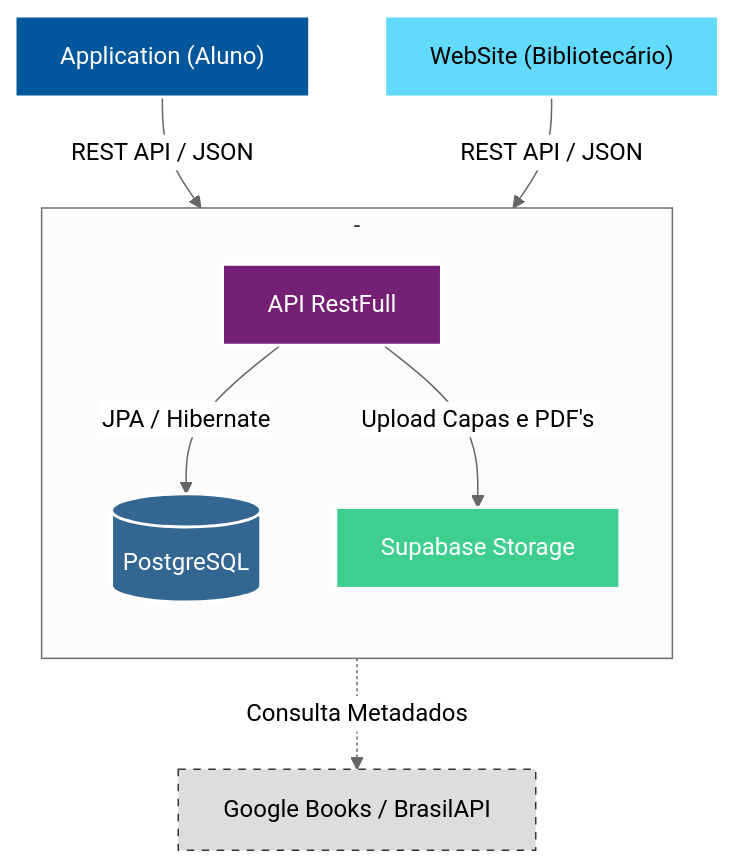
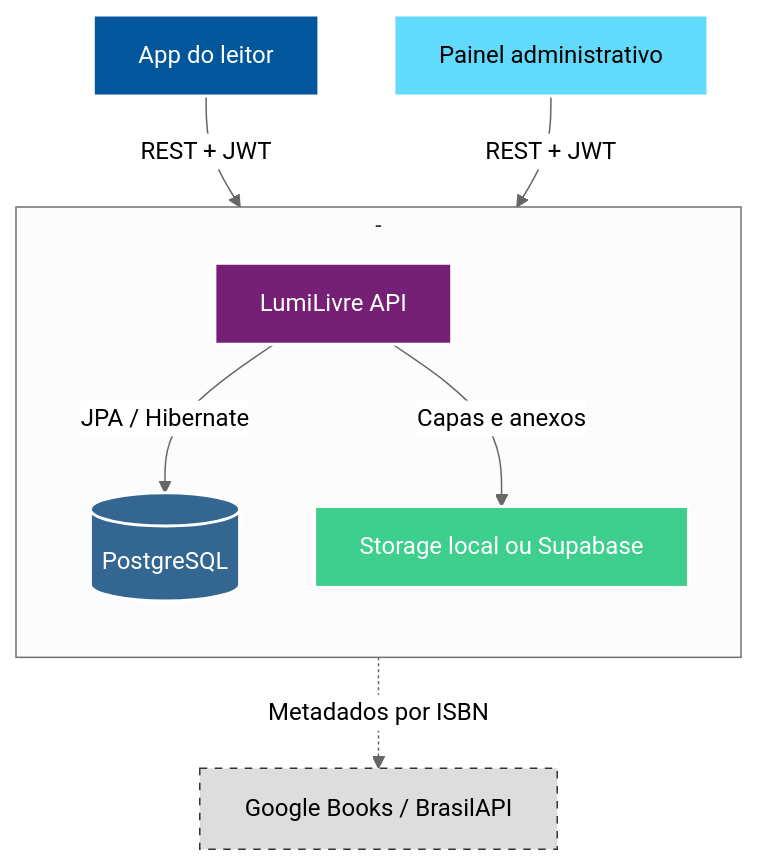
One commit to n33miaz/lumilivre-web changed the diagram in README.md. Above: the diagram before and after it, drawn with Mermaid (neutral theme). The commit also changed other lines of this file, not shown here.

````diff
--- a/README.md
+++ b/README.md
@@ -117,28 +161,28 @@
 ```mermaid
 flowchart TD
     classDef mobile fill:#02569B,stroke:#fff,stroke-width:2px,color:#fff;
     classDef web fill:#61DAFB,stroke:#fff,stroke-width:2px,color:#000;
     classDef api fill:#762075,stroke:#fff,stroke-width:2px,color:#fff;
     classDef db fill:#336791,stroke:#fff,stroke-width:2px,color:#fff;
     classDef storage fill:#3ECF8E,stroke:#fff,stroke-width:2px,color:#fff;
     classDef external fill:#ddd,stroke:#333,stroke-width:1px,color:#000,stroke-dasharray: 5 5;
 
-    UserMobile["Application (Aluno)"]:::mobile
-    UserWeb["WebSite (Bibliotecário)"]:::web
+    UserMobile["App do leitor"]:::mobile
+    UserWeb["Painel administrativo"]:::web
 
     subgraph Cloud["-"]
         direction TB
-        API["API RestFull"]:::api
+        API["LumiLivre API"]:::api
         DB[("PostgreSQL")]:::db
-        Storage["Supabase Storage"]:::storage
+        Storage["Storage local ou Supabase"]:::storage
     end
 
     External["Google Books / BrasilAPI"]:::external
 
-    UserMobile -->|REST API / JSON| API
-    UserWeb -->|REST API / JSON| API
+    UserMobile -->|REST + JWT| API
+    UserWeb -->|REST + JWT| API
 
     API -->|JPA / Hibernate| DB
-    API -->|Upload Capas e PDF's| Storage
-    API -.->|Consulta Metadados| External
+    API -->|Capas e anexos| Storage
+    API -.->|Metadados por ISBN| External
 ```
````
